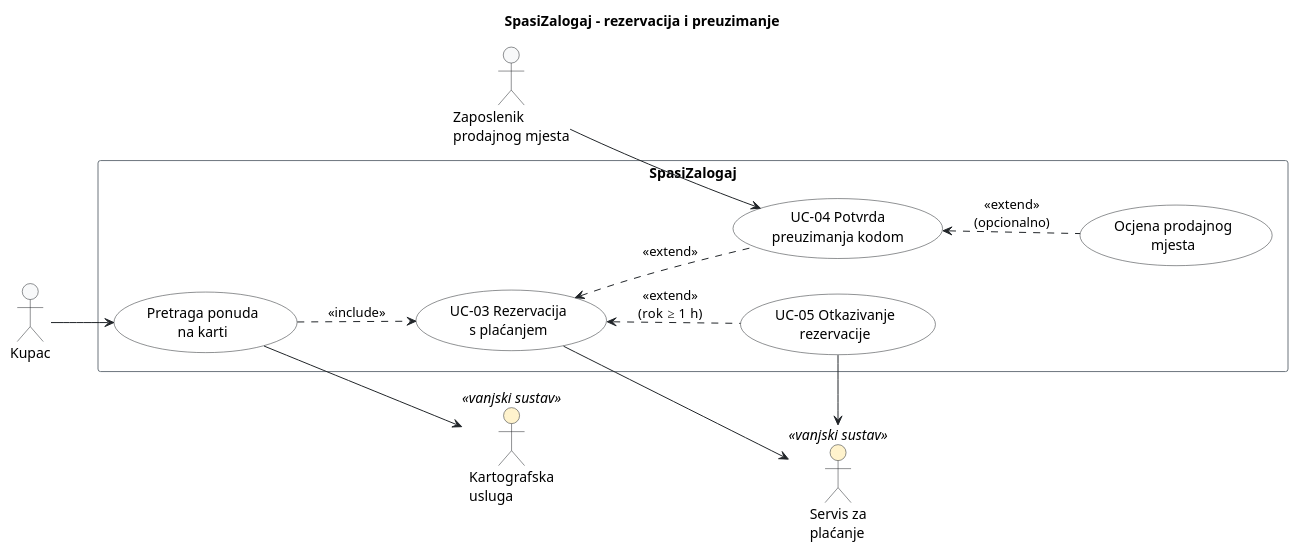
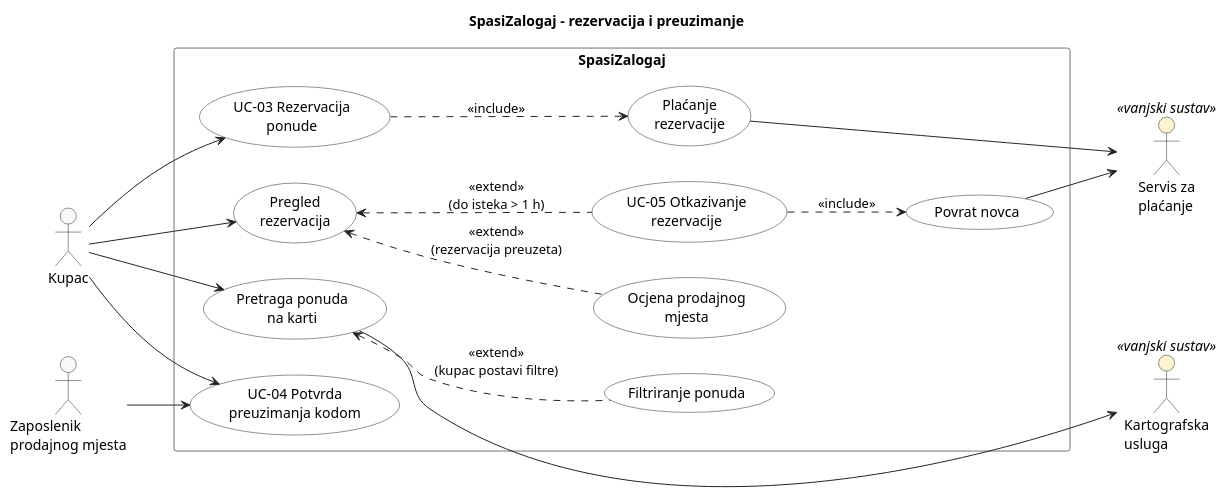
One commit to frenki1004/Menzory changed the diagram in docs/puml/3-2-spasizalogaj-reservation-UC.puml. Above: the diagram before and after it, drawn with PlantUML. The commit also changed other lines of this file and 3 other files, not shown here.

Commit message:
docs: ispravi dijagrame obrazaca uporabe (include/extend, bez precedes)

```diff
--- a/docs/puml/3-2-spasizalogaj-reservation-UC.puml
+++ b/docs/puml/3-2-spasizalogaj-reservation-UC.puml
@@ -14,55 +15,70 @@
 @startuml
 title SpasiZalogaj – rezervacija i preuzimanje
 left to right direction
 
 skinparam shadowing false
 skinparam defaultFontName Arial
 skinparam ArrowColor #212529
 
 skinparam actor {
     BackgroundColor #F8F9FA
     BorderColor #212529
     BackgroundColor<<vanjski sustav>> #FFF3CD
 }
 skinparam usecase {
     BackgroundColor #FFFFFF
     BorderColor #212529
 }
 skinparam rectangle {
     BorderColor #6C757D
 }
 
 actor "Kupac" as Kupac
-actor "Kartografska\nusluga" as Karta <<vanjski sustav>>
+actor "Zaposlenik\nprodajnog mjesta" as Zaposlenik
 
 rectangle "SpasiZalogaj" {
+    ' Pretraga (UC-03, koraci 1–3)
     usecase "Pretraga ponuda\nna karti" as UCPretraga
-    usecase "UC-03 Rezervacija\ns plaćanjem" as UC03
+    usecase "Filtriranje ponuda" as UCFilter
+
+    ' Rezervacija i plaćanje (UC-03, koraci 4–8)
+    usecase "UC-03 Rezervacija\nponude" as UC03
+    usecase "Plaćanje\nrezervacije" as UCPlati
+
+    ' Nakon rezervacije
+    usecase "Pregled\nrezervacija" as UCPregled
+    usecase "UC-05 Otkazivanje\nrezervacije" as UC05
+    usecase "Povrat novca" as UCPovrat
+    usecase "Ocjena prodajnog\nmjesta" as UCOcjena
+
     usecase "UC-04 Potvrda\npreuzimanja kodom" as UC04
-    usecase "UC-05 Otkazivanje\nrezervacije" as UC05
-    usecase "Ocjena prodajnog\nmjesta" as UCOcjena
 }
 
-actor "Zaposlenik\nprodajnog mjesta" as Zaposlenik
+actor "Kartografska\nusluga" as Karta <<vanjski sustav>>
 actor "Servis za\nplaćanje" as Placanje <<vanjski sustav>>
 
-' Vodoravni tok radnji kupca
+' Pretraga
 Kupac --> UCPretraga
-UCPretraga ..> UC03 : <<include>>
+UCPretraga <.. UCFilter : <<extend>>\n(kupac postavi filtre)
 UCPretraga --> Karta
 
-' Grananje nakon rezervacije
-UC03 <.. UC04 : <<extend>>
-UC03 <.. UC05 : <<extend>>\n(rok ≥ 1 h)
-UC04 <.. UCOcjena : <<extend>>\n(opcionalno)
+' Rezervacija uvijek uključuje plaćanje
+Kupac --> UC03
+UC03 ..> UCPlati : <<include>>
+UCPlati --> Placanje
 
-' Interakcija s vanjskim servisima i zaposlenikom
+' Pregled rezervacija: otkazivanje ili ocjena
+Kupac --> UCPregled
+UCPregled <.. UC05 : <<extend>>\n(do isteka > 1 h)
+UCPregled <.. UCOcjena : <<extend>>\n(rezervacija preuzeta)
+UC05 ..> UCPovrat : <<include>>
+UCPovrat --> Placanje
+
+' Preuzimanje
+Kupac --> UC04
 Zaposlenik --> UC04
-UC03 --> Placanje
-Placanje <-- UC05
 
-' Poravnanje radi kraćih i simetričnih linija
-UC04 -[hidden]up-> Zaposlenik
-UC05 -[hidden]down-> Placanje
+' Poravnanje: kartografska usluga u desnom stupcu uz servis za plaćanje
+UCPovrat -[hidden]-> Karta
 
 @enduml
```
